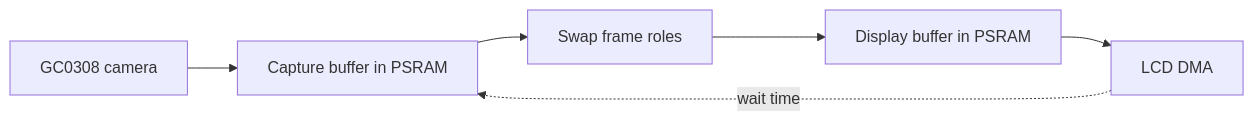
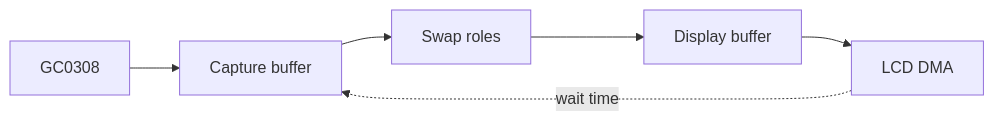
Before and after one commit to wackazong/hackandhike-2026: diagram 15 of 17 in README.md, drawn with Mermaid. The commit also changed other lines of this file, not shown here.

````diff
--- a/README.md
+++ b/README.md
@@ -1314,8 +1419,8 @@
 ```mermaid
 flowchart LR
-    Camera["GC0308 camera"] --> Capture["Capture buffer in PSRAM"]
-    Capture --> Swap["Swap frame roles"]
-    Swap --> DisplayFrame["Display buffer in PSRAM"]
-    DisplayFrame --> LCDDMA["LCD DMA"]
-    LCDDMA -. "wait time" .-> Capture
+    Camera["GC0308"] --> Capture["Capture buffer"]
+    Capture --> Swap["Swap roles"]
+    Swap --> DisplayFrame["Display buffer"]
+    DisplayFrame --> LCD["LCD DMA"]
+    LCD -. "wait time" .-> Capture
 ```
````
